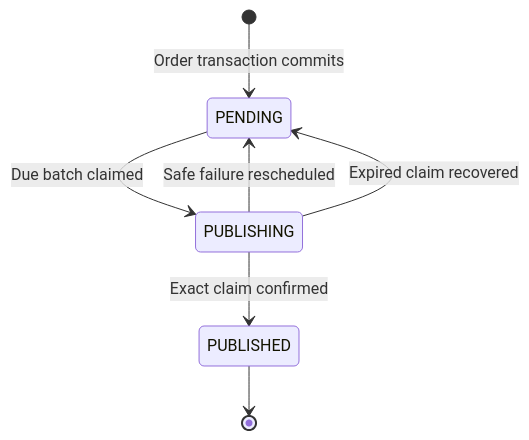
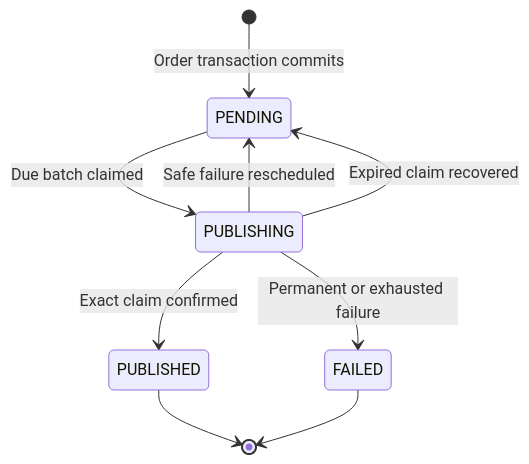
Before and after one commit to PietroRussoD/commerce-integration-hub: the first of 4 diagrams in docs/outbox-lifecycle.md, drawn with Mermaid. The commit also changed other lines of this file and 9 other files, not shown here.

````diff
--- a/docs/outbox-lifecycle.md
+++ b/docs/outbox-lifecycle.md
@@ -9,9 +9,11 @@
 ```mermaid
 stateDiagram-v2
     [*] --> PENDING: Order transaction commits
     PENDING --> PUBLISHING: Due batch claimed
     PUBLISHING --> PUBLISHED: Exact claim confirmed
     PUBLISHING --> PENDING: Safe failure rescheduled
     PUBLISHING --> PENDING: Expired claim recovered
+    PUBLISHING --> FAILED: Permanent or exhausted failure
     PUBLISHED --> [*]
+    FAILED --> [*]
 ```
````
